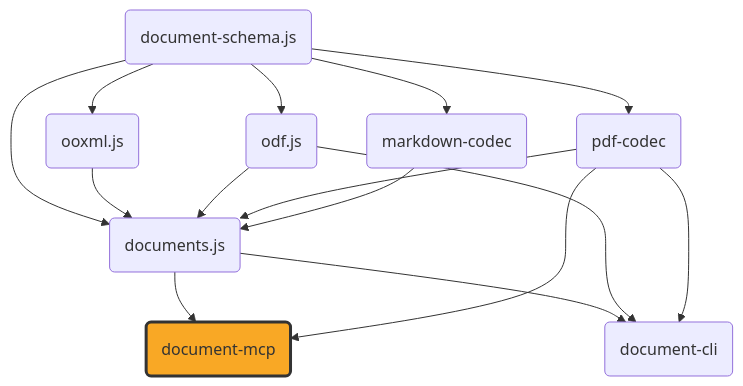
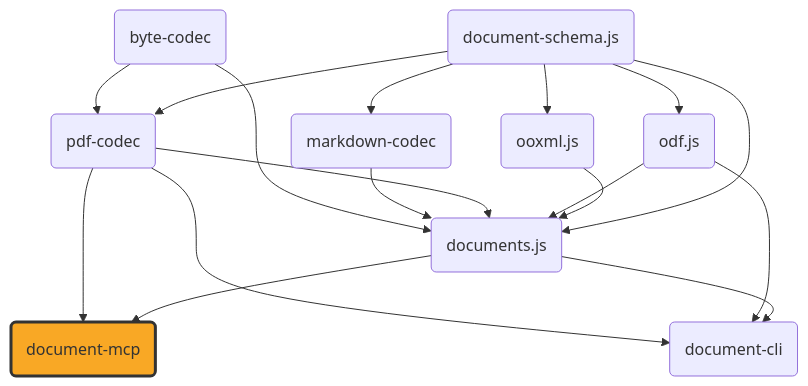
Before and after one commit to ExaDev/documents.js: the diagram in packages/document-mcp/README.md, drawn with Mermaid.

Commit message:
docs: add byte-codec to the dependency graph
byte-codec is a real node in the family (pdf-codec and documents.js
both depend on it) but was missing from the diagram.

````diff
--- a/packages/document-mcp/README.md
+++ b/packages/document-mcp/README.md
@@ -9,37 +9,41 @@
 ```mermaid
 graph TD
     schema("document-schema.js")
     ooxml("ooxml.js")
     odf("odf.js")
     pdfcodec("pdf-codec")
     mdcodec("markdown-codec")
+    bytecodec("byte-codec")
     documents("documents.js")
     mcp("document-mcp")
     cli("document-cli")
 
     schema --> ooxml
     schema --> odf
     schema --> pdfcodec
     schema --> mdcodec
     schema --> documents
     ooxml --> documents
     odf --> documents
     pdfcodec --> documents
     mdcodec --> documents
+    bytecodec --> pdfcodec
+    bytecodec --> documents
     documents --> mcp
     pdfcodec --> mcp
     documents --> cli
     odf --> cli
     pdfcodec --> cli
 
     click schema "https://github.com/ExaDev/document-schema.js" "document-schema.js"
     click ooxml "https://github.com/ExaDev/ooxml.js" "ooxml.js"
     click odf "https://github.com/ExaDev/odf.js" "odf.js"
     click pdfcodec "https://github.com/ExaDev/pdf-codec" "pdf-codec"
     click mdcodec "https://github.com/ExaDev/markdown-codec" "markdown-codec"
+    click bytecodec "https://github.com/ExaDev/byte-codec" "byte-codec"
     click documents "https://github.com/ExaDev/documents.js" "documents.js"
     click mcp "https://github.com/ExaDev/document-mcp" "document-mcp"
     click cli "https://github.com/ExaDev/document-cli" "document-cli"
 
     style mcp fill:#f9a825,stroke:#333,stroke-width:3px
 ```
````
